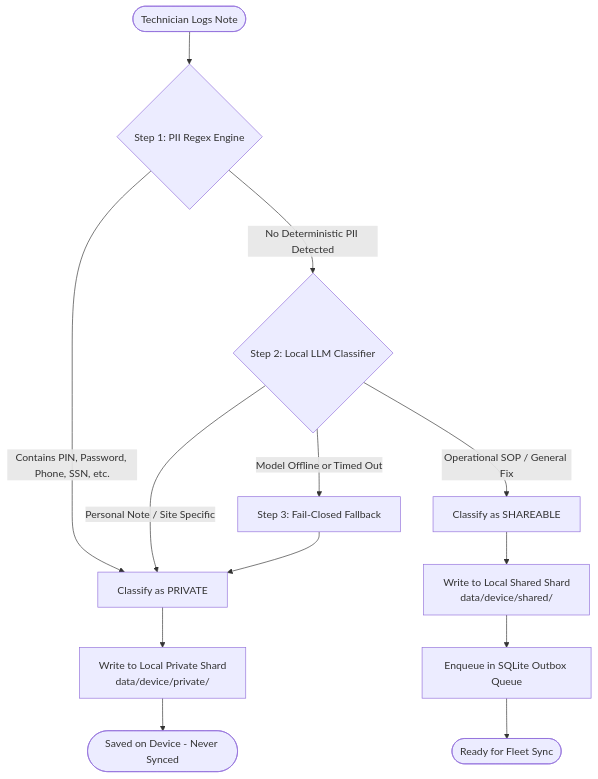
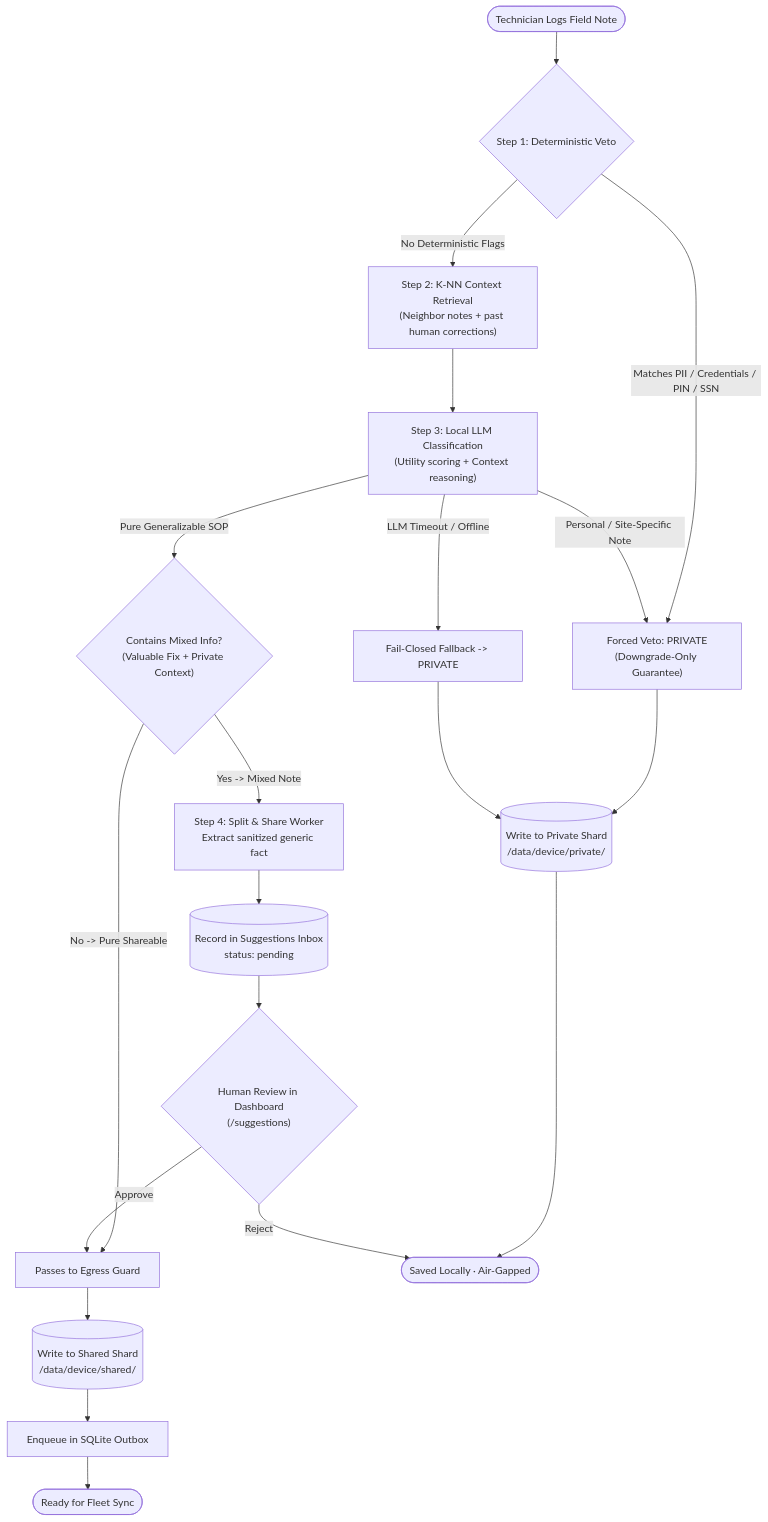
The second of 4 diagrams in README.md (AasthaSudan/edge_vault), drawn with Mermaid before and after one commit. The commit also changed other lines of this file, not shown here.

Commit message:
docs: enrich README with complete Phase 5 architecture diagrams, API examples, and test suites

````diff
--- a/README.md
+++ b/README.md
@@ -32,19 +95,30 @@
 ```mermaid
 flowchart TD
-    Start([Technician Logs Note]) --> PII{Step 1: PII Regex Engine}
+    Start([Technician Logs Field Note]) --> Veto{Step 1: Deterministic Veto}
     
-    PII -- "Contains PIN, Password, Phone, SSN, etc." --> PrivateCat[Classify as PRIVATE]
-    PII -- "No Deterministic PII Detected" --> LLM{Step 2: Local LLM Classifier}
+    Veto -- "Matches PII / Credentials / PIN / SSN" --> ForcedPrivate["Forced Veto: PRIVATE<br/>(Downgrade-Only Guarantee)"]
+    Veto -- "No Deterministic Flags" --> ContextFetch["Step 2: K-NN Context Retrieval<br/>(Neighbor notes + past human corrections)"]
     
-    LLM -- "Operational SOP / General Fix" --> ShareableCat[Classify as SHAREABLE]
-    LLM -- "Personal Note / Site Specific" --> PrivateCat
-    LLM -- "Model Offline or Timed Out" --> Fallback[Step 3: Fail-Closed Fallback]
-    Fallback --> PrivateCat
+    ContextFetch --> LLMEval["Step 3: Local LLM Classification<br/>(Utility scoring + Context reasoning)"]
     
-    PrivateCat --> StorePrivate[Write to Local Private Shard\ndata/device/private/]
-    StorePrivate --> Done1([Saved on Device - Never Synced])
+    LLMEval -- "Pure Generalizable SOP" --> CheckSplit{"Contains Mixed Info?<br/>(Valuable Fix + Private Context)"}
+    LLMEval -- "Personal / Site-Specific Note" --> ForcedPrivate
+    LLMEval -- "LLM Timeout / Offline" --> FailClosed["Fail-Closed Fallback -> PRIVATE"]
     
-    ShareableCat --> StoreShared[Write to Local Shared Shard\ndata/device/shared/]
-    StoreShared --> Outbox[Enqueue in SQLite Outbox Queue]
-    Outbox --> Done2([Ready for Fleet Sync])
+    CheckSplit -- "No -> Pure Shareable" --> PassEgress["Passes to Egress Guard"]
+    CheckSplit -- "Yes -> Mixed Note" --> SanitizeWorker["Step 4: Split & Share Worker<br/>Extract sanitized generic fact"]
+    
+    ForcedPrivate --> WritePrivate[("Write to Private Shard<br/>/data/device/private/")]
+    FailClosed --> WritePrivate
+    WritePrivate --> StaysLocal([Saved Locally · Air-Gapped])
+
+    SanitizeWorker --> StoreSuggestion[("Record in Suggestions Inbox<br/>status: pending")]
+    StoreSuggestion --> HumanReview{"Human Review in Dashboard<br/>(/suggestions)"}
+    
+    HumanReview -- "Approve" --> PassEgress
+    HumanReview -- "Reject" --> StaysLocal
+
+    PassEgress --> WriteShared[("Write to Shared Shard<br/>/data/device/shared/")]
+    WriteShared --> EnqueueOutbox["Enqueue in SQLite Outbox"]
+    EnqueueOutbox --> SyncReady([Ready for Fleet Sync])
 ```
````
